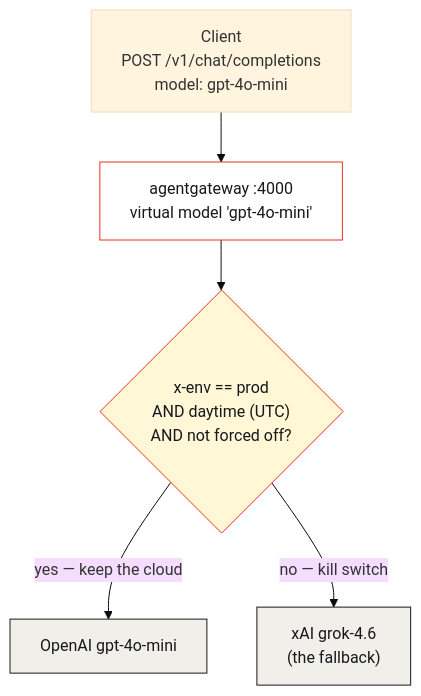
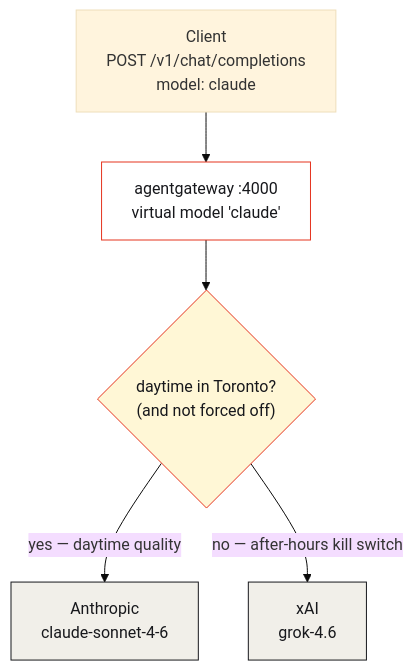
The first of 2 diagrams in content/articles/2026-08-18-after-hours-llm-kill-switch-agentgateway.md (ProfessorSeb/maniak-io), drawn with Mermaid (base theme) before and after one commit. The commit also changed other lines of this file and 4 other files, not shown here.

First line of the commit message:
post: add live screenshots + align kill-switch article with simplified demo (#46)

````diff
--- a/content/articles/2026-08-18-after-hours-llm-kill-switch-agentgateway.md
+++ b/content/articles/2026-08-18-after-hours-llm-kill-switch-agentgateway.md
@@ -17,15 +17,15 @@
 ```mermaid
 flowchart TB
-  c["Client<br/>POST /v1/chat/completions<br/>model: gpt-4o-mini"]
-  g["agentgateway :4000<br/>virtual model 'gpt-4o-mini'"]
-  cond{"x-env == prod<br/>AND daytime (UTC)<br/>AND not forced off?"}
-  cloud["OpenAI gpt-4o-mini"]
-  grok["xAI grok-4.6<br/>(the fallback)"]
+  c["Client<br/>POST /v1/chat/completions<br/>model: claude"]
+  g["agentgateway :4000<br/>virtual model 'claude'"]
+  cond{"daytime in Toronto?<br/>(and not forced off)"}
+  cloud["Anthropic<br/>claude-sonnet-4-6"]
+  grok["xAI<br/>grok-4.6"]
   c --> g --> cond
-  cond -->|"yes — keep the cloud"| cloud
-  cond -->|"no — kill switch"| grok
+  cond -->|"yes — daytime quality"| cloud
+  cond -->|"no — after-hours kill switch"| grok
   style g fill:#FFFFFF,stroke:#E5341F,color:#17181C
   style cond fill:#FFF7D6,stroke:#E5341F,color:#17181C
   style cloud fill:#F1EFE9,stroke:#17181C,color:#17181C
   style grok fill:#F1EFE9,stroke:#17181C,color:#17181C
 ```
````
